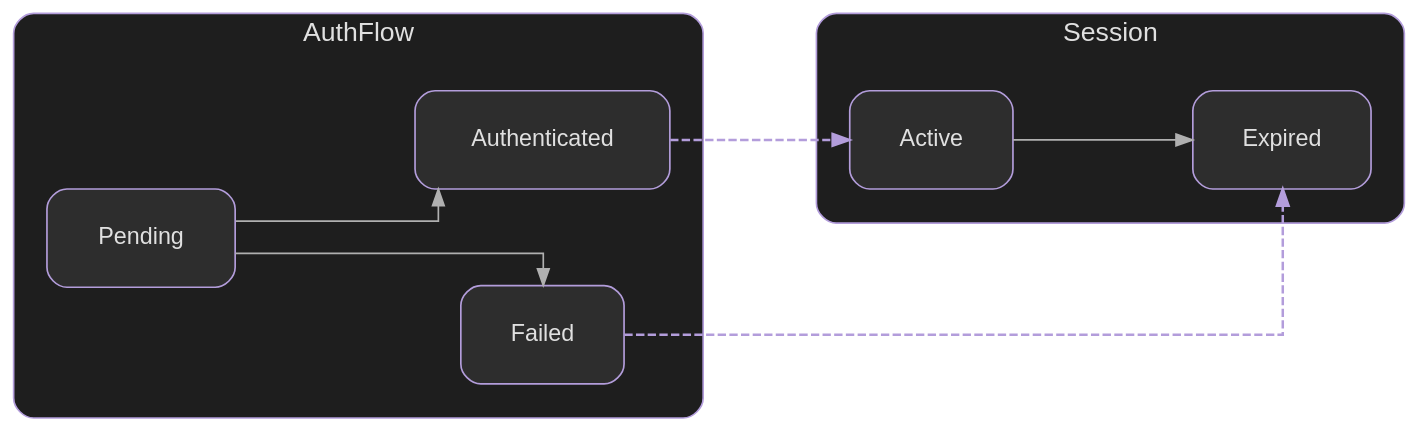
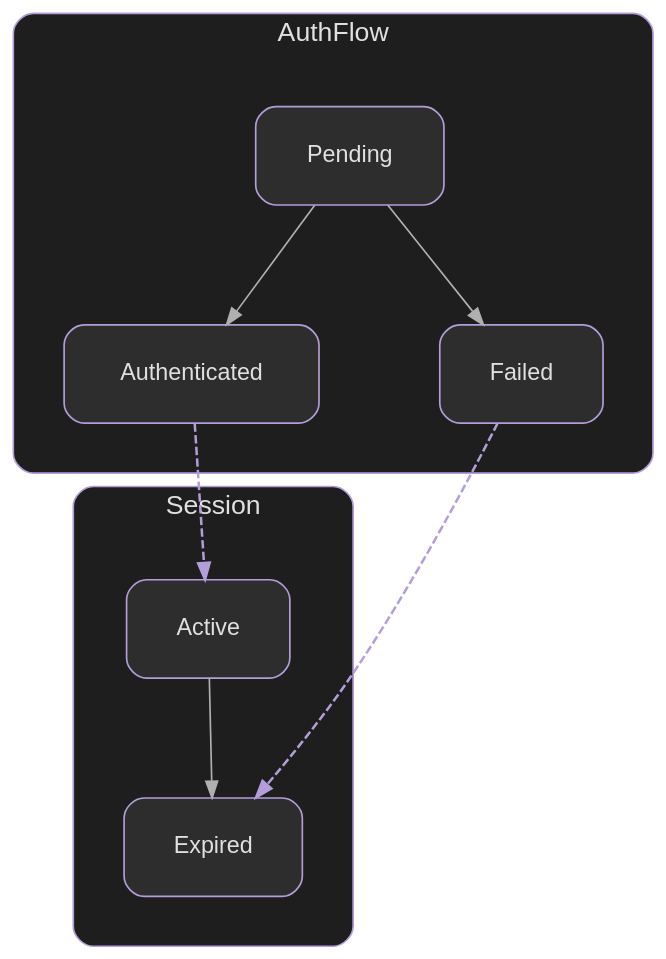
Before and after one commit to elijahr/nim-typestates: the diagram in docs/assets/images/generated/multi.dot, drawn with Graphviz. The commit also changed 12 other files, not shown here.

First line of the commit message:
feat(cli): add splines mode and edge distribution for cleaner diagrams

```diff
--- a/docs/assets/images/generated/multi.dot
+++ b/docs/assets/images/generated/multi.dot
@@ -1,52 +1,52 @@
 digraph {
-  rankdir=LR;
-  splines=ortho;
+  rankdir=TB;
+  splines=spline;
   compound=true;
-  nodesep=0.8;
-  ranksep=1.5;
+  nodesep=1.0;
+  ranksep=1.0;
   bgcolor="transparent";
   pad=0.3;
 
   node [shape=box, style="rounded,filled", fillcolor="#2d2d2d", color="#b39ddb", fontcolor="#e0e0e0", fontname="sans-serif", fontsize=14, margin="0.4,0.3"];
   edge [fontname="sans-serif", fontsize=11, color="#b0b0b0"];
 
   subgraph cluster_Session {
     label="Session";
     fontname="sans-serif";
     fontsize=16;
     fontcolor="#e0e0e0";
     labelloc=t;
     style="rounded";
     color="#b39ddb";
     bgcolor="#1e1e1e";
-    margin=20;
+    margin=30;
 
     Active;
     Expired;
 
     Active -> Expired;
   }
 
   subgraph cluster_AuthFlow {
     label="AuthFlow";
     fontname="sans-serif";
     fontsize=16;
     fontcolor="#e0e0e0";
     labelloc=t;
     style="rounded";
     color="#b39ddb";
     bgcolor="#1e1e1e";
-    margin=20;
+    margin=30;
 
     Pending;
     Authenticated;
     Failed;
 
     Pending -> Authenticated;
     Pending -> Failed;
   }
 
   // Bridges (cross-typestate)
   Authenticated -> Active [style=dashed, color="#b39ddb", penwidth=1.5];
   Failed -> Expired [style=dashed, color="#b39ddb", penwidth=1.5];
 }
```
